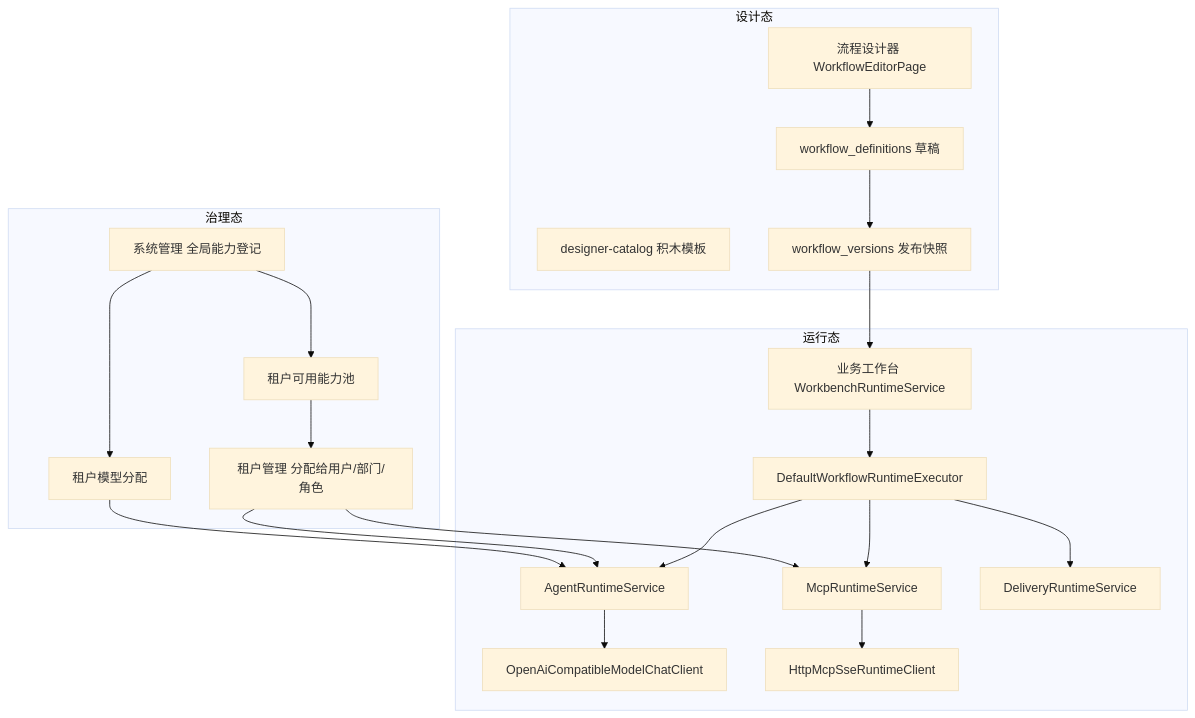
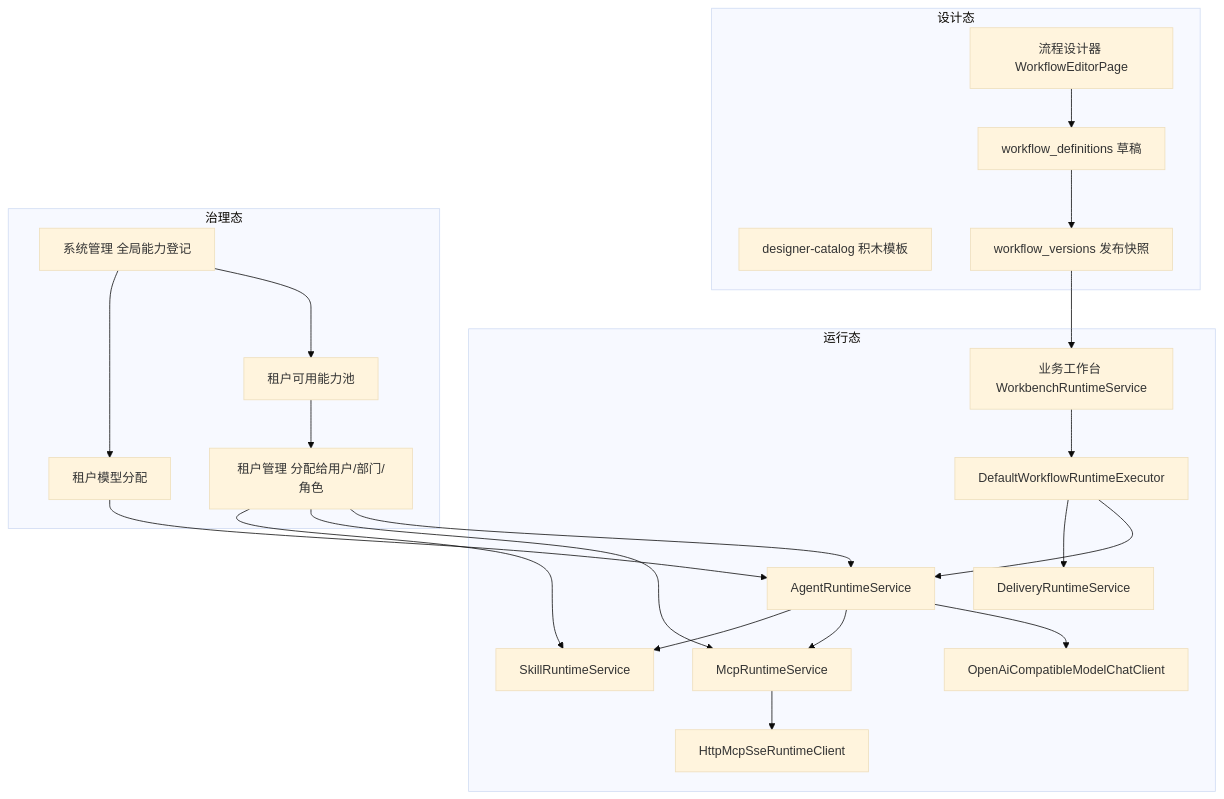
One commit to tsukiga-kirei/Agentum changed the diagram in docs/ai-runtime-integration.md. Above: the diagram before and after it, drawn with Mermaid (base theme). The commit also changed other lines of this file and 23 other files, not shown here.

First line of the commit message:
feat(agent-runtime): 升级智能体为基于 ReAct 的多轮工具调用模式

````diff
--- a/docs/ai-runtime-integration.md
+++ b/docs/ai-runtime-integration.md
@@ -38,39 +39,42 @@
 ```mermaid
 flowchart TB
   subgraph design [设计态]
     Designer[流程设计器 WorkflowEditorPage]
     Catalog[designer-catalog 积木模板]
     Draft[workflow_definitions 草稿]
     Publish[workflow_versions 发布快照]
     Designer --> Draft --> Publish
   end
 
   subgraph governance [治理态]
     SysAdmin[系统管理 全局能力登记]
     TenantPool[租户可用能力池]
     TenantAssign[租户管理 分配给用户/部门/角色]
     ModelAssign[租户模型分配]
     SysAdmin --> TenantPool --> TenantAssign
     SysAdmin --> ModelAssign
   end
 
   subgraph runtime [运行态]
     Workbench[业务工作台 WorkbenchRuntimeService]
     Executor[DefaultWorkflowRuntimeExecutor]
     MCP[McpRuntimeService]
+    Skill[SkillRuntimeService]
     Agent[AgentRuntimeService]
     Delivery[DeliveryRuntimeService]
     ModelClient[OpenAiCompatibleModelChatClient]
     Workbench --> Executor
-    Executor --> MCP
     Executor --> Agent
     Executor --> Delivery
     Agent --> ModelClient
+    Agent --> MCP
+    Agent --> Skill
     MCP --> McpSse[HttpMcpSseRuntimeClient]
   end
 
   Publish --> Workbench
+  TenantAssign --> Agent
   TenantAssign --> MCP
-  TenantAssign --> Agent
+  TenantAssign --> Skill
   ModelAssign --> Agent
 ```
````
